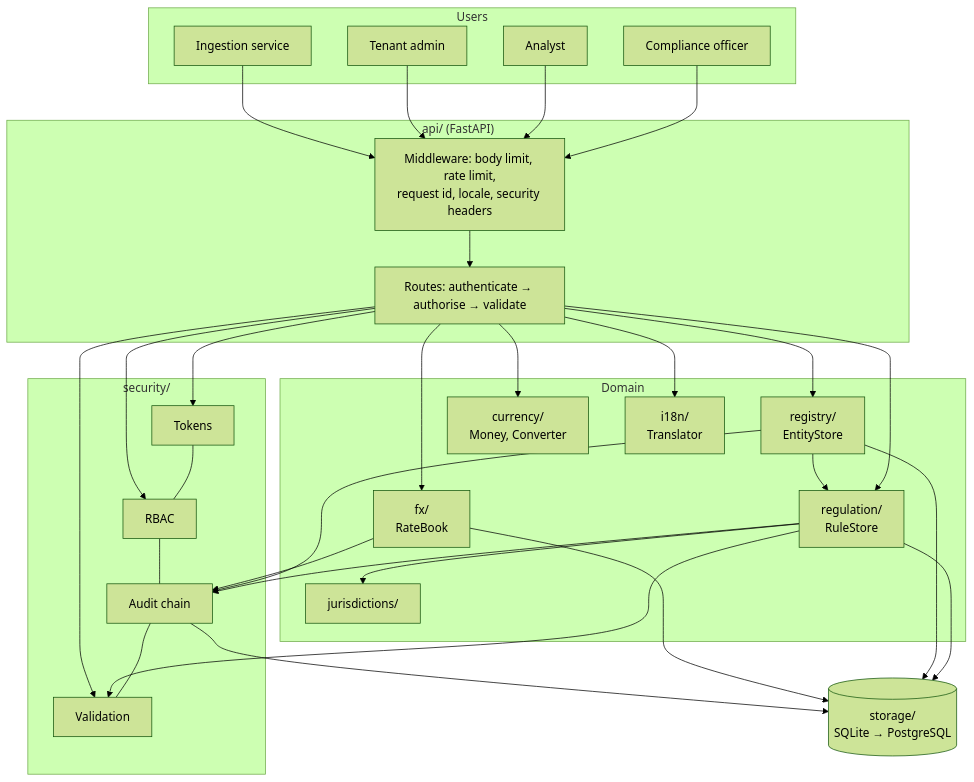
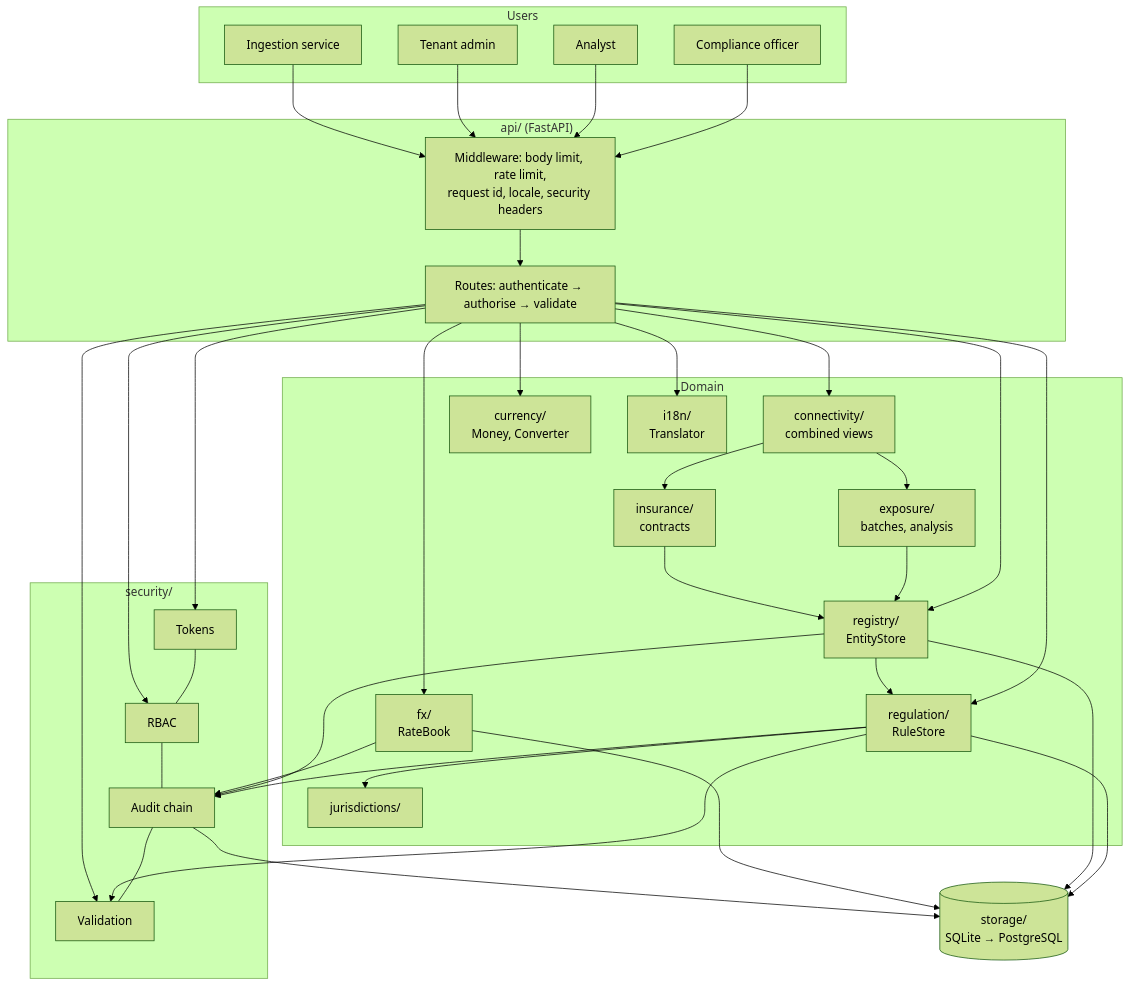
Before and after one commit to lari98/reggraph-europe: the diagram in docs/ARCHITECTURE.md, drawn with Mermaid (forest theme). The commit also changed other lines of this file and 36 other files, not shown here.

Commit message:
Phase 3: exposure and insurance (v0.3.0)

````diff
--- a/docs/ARCHITECTURE.md
+++ b/docs/ARCHITECTURE.md
@@ -6,30 +6,36 @@
 ```mermaid
 flowchart TB
     subgraph Users
       U1[Compliance officer]; U2[Analyst]; U3[Tenant admin]; U4[Ingestion service]
     end
     subgraph API["api/  (FastAPI)"]
       MW[Middleware: body limit, rate limit,<br/>request id, locale, security headers]
       RT[Routes: authenticate → authorise → validate]
     end
     subgraph Domain
       REG[regulation/<br/>RuleStore]
       REGY[registry/<br/>EntityStore]
+      EXP[exposure/<br/>batches, analysis]
+      INSU[insurance/<br/>contracts]
+      CONN[connectivity/<br/>combined views]
       FX[fx/<br/>RateBook]
       CUR[currency/<br/>Money, Converter]
       I18[i18n/<br/>Translator]
       JUR[jurisdictions/]
     end
     subgraph Security["security/"]
       TOK[Tokens] --- RB[RBAC] --- AUD[Audit chain] --- VAL[Validation]
     end
     DB[(storage/<br/>SQLite → PostgreSQL)]
     U1 & U2 & U3 & U4 --> MW --> RT
     RT --> REG & REGY & FX & CUR & I18
     REG --> JUR
     REGY --> REG
+    EXP & INSU --> REGY
+    CONN --> EXP & INSU
+    RT --> CONN
     REG & REGY & FX --> AUD --> DB
     REG & REGY & FX --> DB
     RT --> TOK & RB
     REG & RT --> VAL
 ```
````
